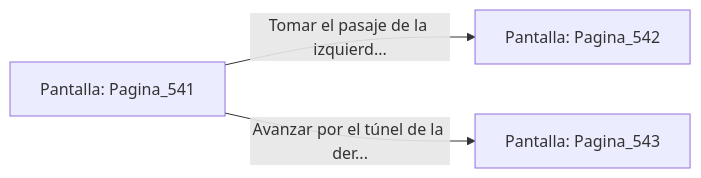
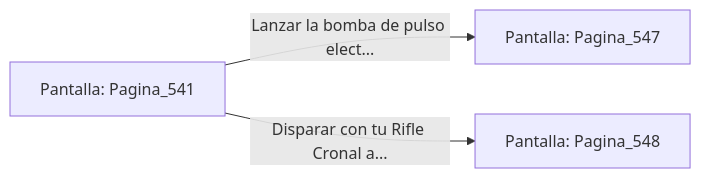
The diagram in sample/eligejuego-vault/Pantalla_Pagina_541.md (metsuke/mpl), drawn with Mermaid before and after one commit. The commit also changed other lines of this file and 635 other files, not shown here.

First line of the commit message:
fix: añadir Pagina_1 como pantalla inicial en capitulo_01.mpl

````diff
--- a/sample/eligejuego-vault/Pantalla_Pagina_541.md
+++ b/sample/eligejuego-vault/Pantalla_Pagina_541.md
@@ -20,6 +24,6 @@
 ```mermaid
 graph LR
     P_Pagina_541["Pantalla: Pagina_541"]
-    P_Pagina_541 -->|"Tomar el pasaje de la izquierd..."| P_Pagina_542["Pantalla: Pagina_542"]
-    P_Pagina_541 -->|"Avanzar por el túnel de la der..."| P_Pagina_543["Pantalla: Pagina_543"]
+    P_Pagina_541 -->|"Lanzar la bomba de pulso elect..."| P_Pagina_547["Pantalla: Pagina_547"]
+    P_Pagina_541 -->|"Disparar con tu Rifle Cronal a..."| P_Pagina_548["Pantalla: Pagina_548"]
 ```
````
